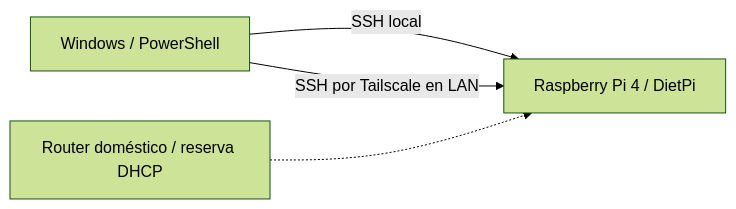
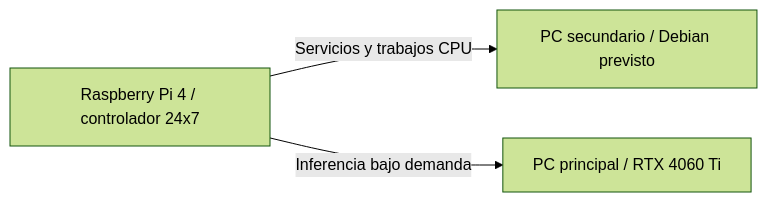
One commit to afvv2602/pi-agents changed the diagram in README.md. Above: the diagram before and after it, drawn with Mermaid (forest theme). The commit also changed other lines of this file and 9 other files, not shown here.

````diff
--- a/README.md
+++ b/README.md
@@ -54,6 +28,5 @@
 ```mermaid
 flowchart LR
-    Win[Windows / PowerShell] -->|SSH local| Pi[Raspberry Pi 4 / DietPi]
-    Win -->|SSH por Tailscale en LAN| Pi
-    Router[Router doméstico / reserva DHCP] -.-> Pi
+    Pi[Raspberry Pi 4 / controlador 24x7] -->|Servicios y trabajos CPU| Sec[PC secundario / Debian previsto]
+    Pi -->|Inferencia bajo demanda| GPU[PC principal / RTX 4060 Ti]
 ```
````
